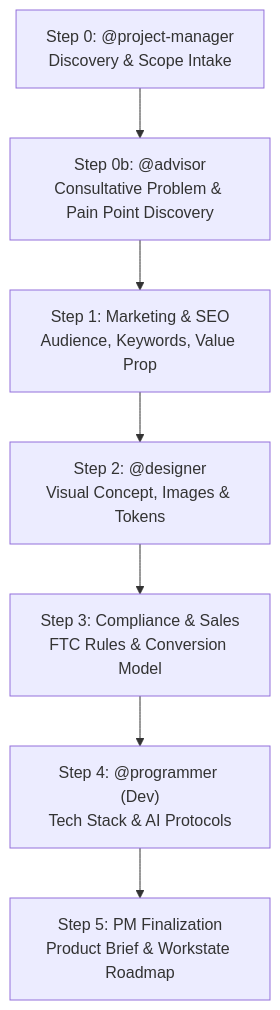
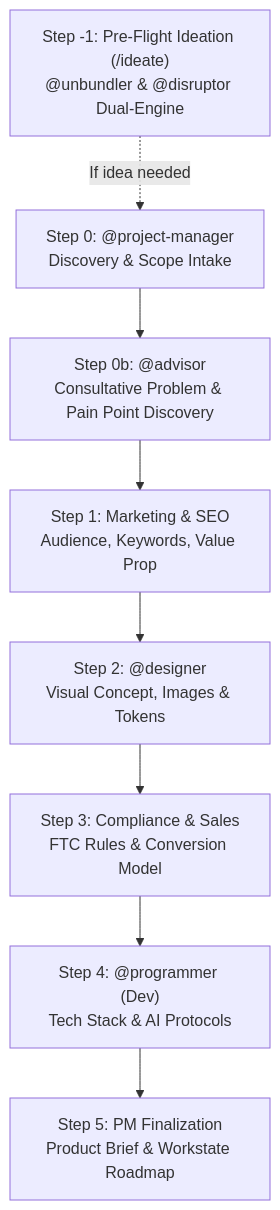
One commit to wedigcode/workforces changed the diagram in workflows/site-setup.md. Above: the diagram before and after it, drawn with Mermaid. The commit also changed other lines of this file and 7 other files, not shown here.

Commit message:
feat: add advisor team pack, ideate workflow, and agent personas while updating manifest and validation logic

````diff
--- a/workflows/site-setup.md
+++ b/workflows/site-setup.md
@@ -15,9 +15,10 @@
 ```mermaid
 graph TD
-    A["Step 0: @project-manager<br/>Discovery & Scope Intake"] --> A2["Step 0b: @advisor<br/>Consultative Problem & Pain Point Discovery"]
+    A0["Step -1: Pre-Flight Ideation (/ideate)<br/>@unbundler & @disruptor Dual-Engine"] -.->|If idea needed| A["Step 0: @project-manager<br/>Discovery & Scope Intake"]
+    A --> A2["Step 0b: @advisor<br/>Consultative Problem & Pain Point Discovery"]
     A2 --> B["Step 1: Marketing & SEO<br/>Audience, Keywords, Value Prop"]
     B --> C["Step 2: @designer<br/>Visual Concept, Images & Tokens"]
     C --> D["Step 3: Compliance & Sales<br/>FTC Rules & Conversion Model"]
     D --> E["Step 4: @programmer (Dev)<br/>Tech Stack & AI Protocols"]
     E --> F["Step 5: PM Finalization<br/>Product Brief & Workstate Roadmap"]
 ```
````
